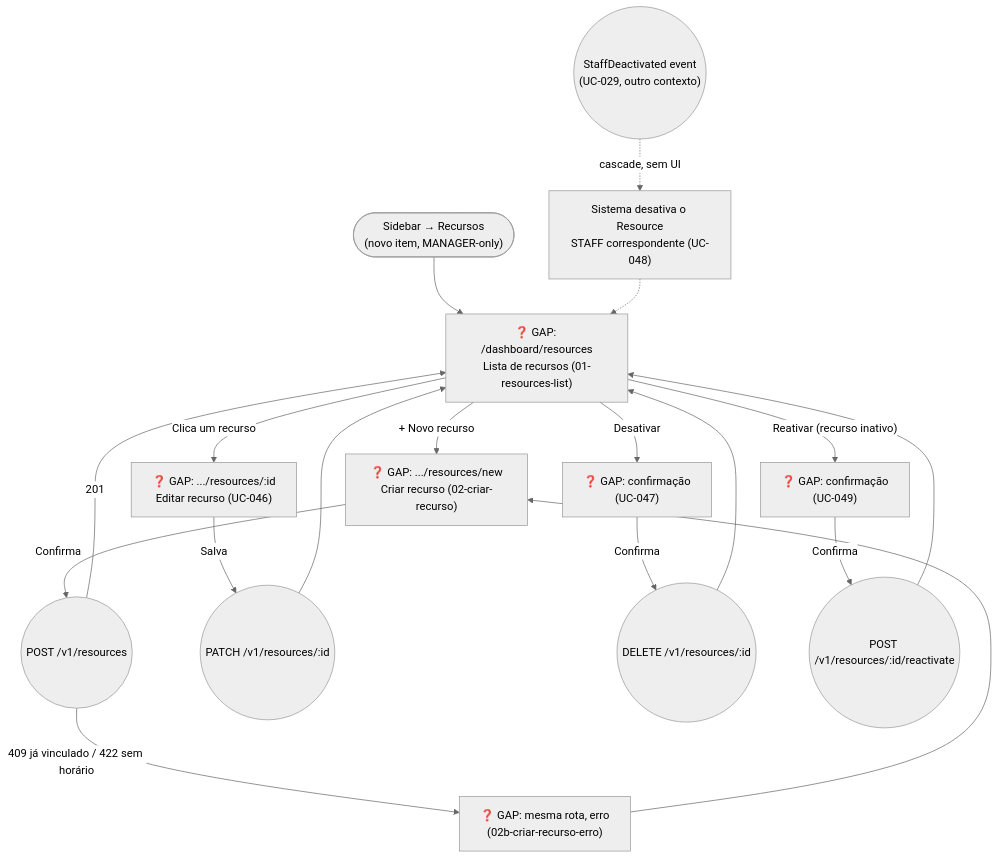
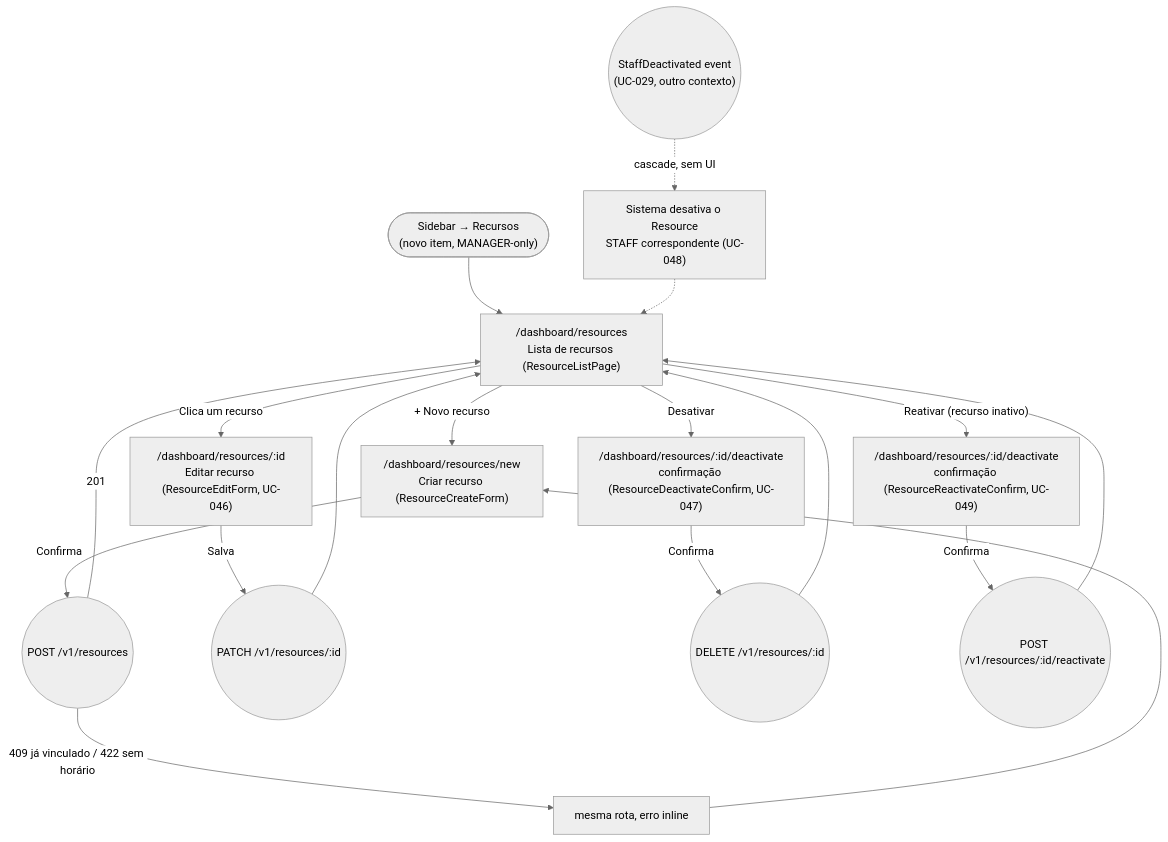
One commit to lmmoreira/ikaro changed the diagram in plan/journey/manager/resources.md. Above: the diagram before and after it, drawn with Mermaid (neutral theme). The commit also changed other lines of this file and 10 other files, not shown here.

````diff
--- a/plan/journey/manager/resources.md
+++ b/plan/journey/manager/resources.md
@@ -12,27 +12,25 @@
 ```mermaid
 flowchart TD
-    classDef gap stroke:#f00,stroke-dasharray: 5 5,fill:#fee
+    Start(["Sidebar → Recursos<br/>(novo item, MANAGER-only)"]) --> List["/dashboard/resources<br/>Lista de recursos (ResourceListPage)"]
 
-    Start(["Sidebar → Recursos<br/>(novo item, MANAGER-only)"]) --> List["❓ GAP: /dashboard/resources<br/>Lista de recursos (01-resources-list)"]
-
-    List -->|"+ Novo recurso"| Create["❓ GAP: .../resources/new<br/>Criar recurso (02-criar-recurso)"]
+    List -->|"+ Novo recurso"| Create["/dashboard/resources/new<br/>Criar recurso (ResourceCreateForm)"]
     Create -->|"Confirma"| CreateCall(("POST /v1/resources"))
     CreateCall -->|"201"| List
-    CreateCall -->|"409 já vinculado / 422 sem horário"| CreateErr["❓ GAP: mesma rota, erro<br/>(02b-criar-recurso-erro)"]
+    CreateCall -->|"409 já vinculado / 422 sem horário"| CreateErr["mesma rota, erro inline"]
     CreateErr --> Create
 
-    List -->|"Clica um recurso"| EditResource["❓ GAP: .../resources/:id<br/>Editar recurso (UC-046)"]
+    List -->|"Clica um recurso"| EditResource["/dashboard/resources/:id<br/>Editar recurso (ResourceEditForm, UC-046)"]
     EditResource -->|"Salva"| EditCall(("PATCH /v1/resources/:id"))
     EditCall --> List
 
-    List -->|"Desativar"| Deactivate["❓ GAP: confirmação<br/>(UC-047)"]
+    List -->|"Desativar"| Deactivate["/dashboard/resources/:id/deactivate<br/>confirmação (ResourceDeactivateConfirm, UC-047)"]
     Deactivate -->|"Confirma"| DeactivateCall(("DELETE /v1/resources/:id"))
     DeactivateCall --> List
 
-    List -->|"Reativar (recurso inativo)"| Reactivate["❓ GAP: confirmação<br/>(UC-049)"]
+    List -->|"Reativar (recurso inativo)"| Reactivate["/dashboard/resources/:id/deactivate<br/>confirmação (ResourceReactivateConfirm, UC-049)"]
     Reactivate -->|"Confirma"| ReactivateCall(("POST /v1/resources/:id/reactivate"))
     ReactivateCall --> List
 
     StaffDeactivated(("StaffDeactivated event<br/>(UC-029, outro contexto)")) -.->|"cascade, sem UI"| CascadeNote["Sistema desativa o Resource<br/>STAFF correspondente (UC-048)"]
     CascadeNote -.-> List
 ```
````
